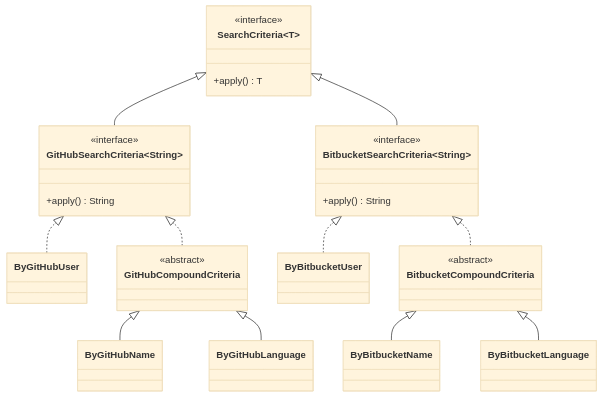
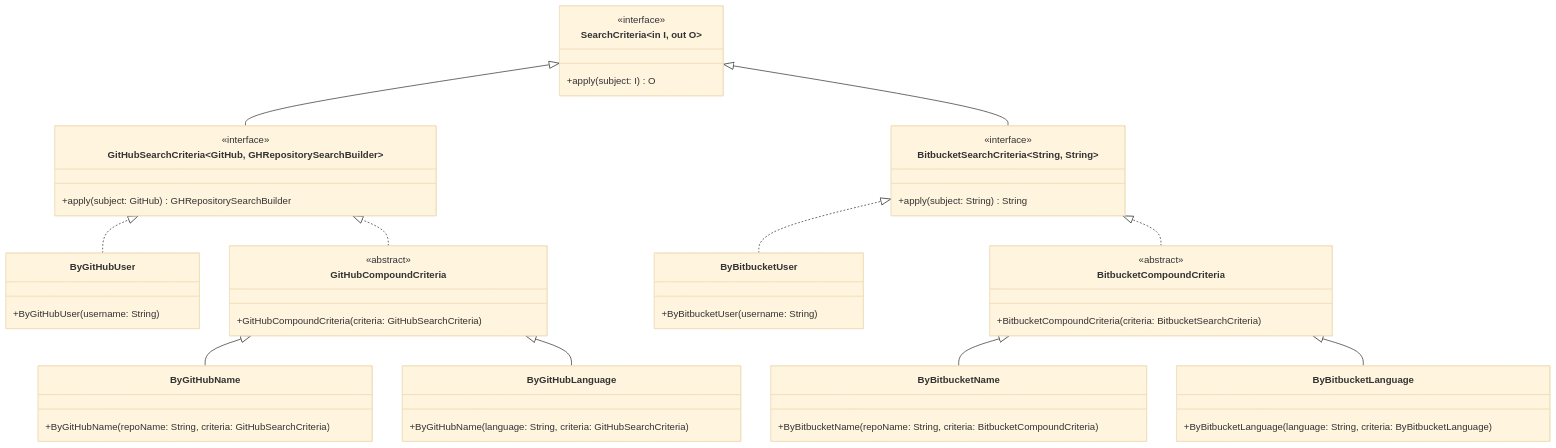
Before and after one commit to tassiLuca/code-plagiarism-detector-doc: the fifth of 13 diagrams in doc.md, drawn with Mermaid (base theme). The commit also changed other lines of this file, not shown here.

Commit message:
update schemas

````diff
--- a/doc.md
+++ b/doc.md
@@ -229,37 +229,54 @@
 ```mermaid
 classDiagram
     direction BT
-    class SearchCriteria~T~ {
+    class SearchCriteria~in I, out O~ {
         <<interface>>
-        +apply() T
+        +apply(subject: I) O
     }
 
-    class GitHubSearchCriteria~String~ {
+    class GitHubSearchCriteria~GitHub, GHRepositorySearchBuilder~ {
         <<interface>>
-        +apply() String
+        +apply(subject: GitHub) GHRepositorySearchBuilder
     }
     GitHubSearchCriteria --|> SearchCriteria
-    class ByGitHubUser
+    class ByGitHubUser {
+        +ByGitHubUser(username: String)
+    }
     ByGitHubUser ..|> GitHubSearchCriteria
     class GitHubCompoundCriteria {
         <<abstract>>
+        +GitHubCompoundCriteria(criteria: GitHubSearchCriteria)
     }
     GitHubCompoundCriteria ..|> GitHubSearchCriteria
+    class ByGitHubName {
+        +ByGitHubName(repoName: String, criteria: GitHubSearchCriteria)
+    }
     ByGitHubName --|> GitHubCompoundCriteria
+    class ByGitHubLanguage {
+        +ByGitHubName(language: String, criteria: GitHubSearchCriteria)
+    }
     ByGitHubLanguage --|> GitHubCompoundCriteria
 
-    class BitbucketSearchCriteria~String~ {
+    class BitbucketSearchCriteria~String, String~ {
         <<interface>>
-        +apply() String
+        +apply(subject: String) String
     }
     BitbucketSearchCriteria --|> SearchCriteria
-    class ByBitbucketUser
+    class ByBitbucketUser {
+        +ByBitbucketUser(username: String)
+    }
     ByBitbucketUser ..|> BitbucketSearchCriteria
     class BitbucketCompoundCriteria {
         <<abstract>>
+        +BitbucketCompoundCriteria(criteria: BitbucketSearchCriteria)
     }
     BitbucketCompoundCriteria ..|> BitbucketSearchCriteria
+    class ByBitbucketName {
+        +ByBitbucketName(repoName: String, criteria: BitbucketCompoundCriteria)
+    }
     ByBitbucketName --|> BitbucketCompoundCriteria
+    class ByBitbucketLanguage {
+        +ByBitbucketLanguage(language: String, criteria: ByBitbucketLanguage)
+    }
     ByBitbucketLanguage --|> BitbucketCompoundCriteria
-
 ```
````
